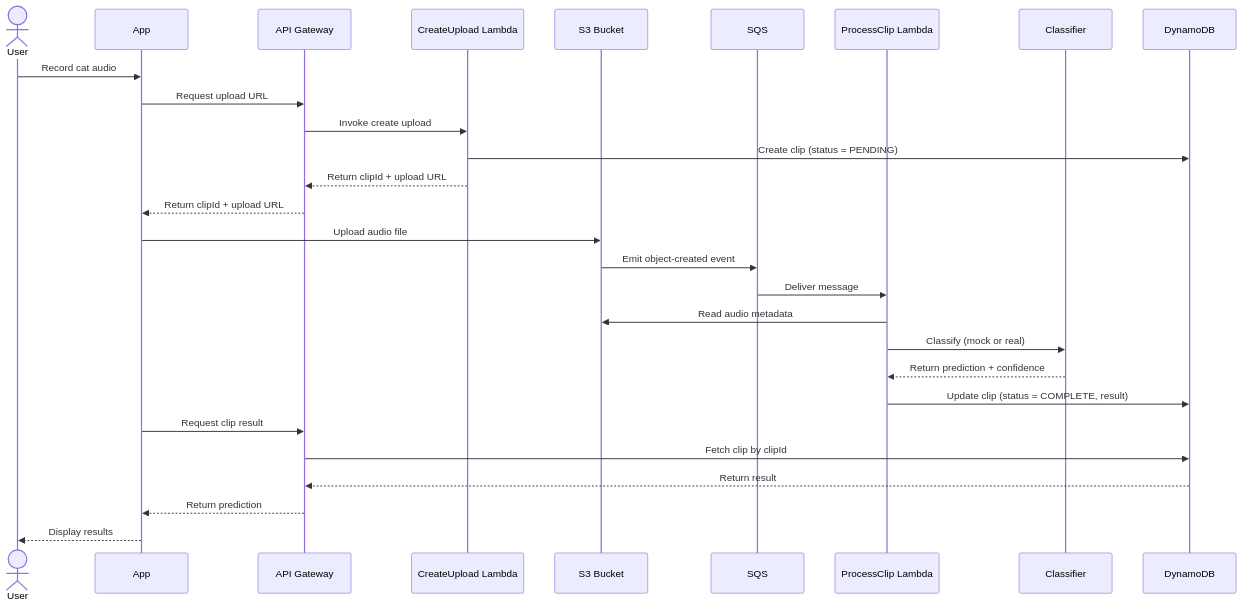
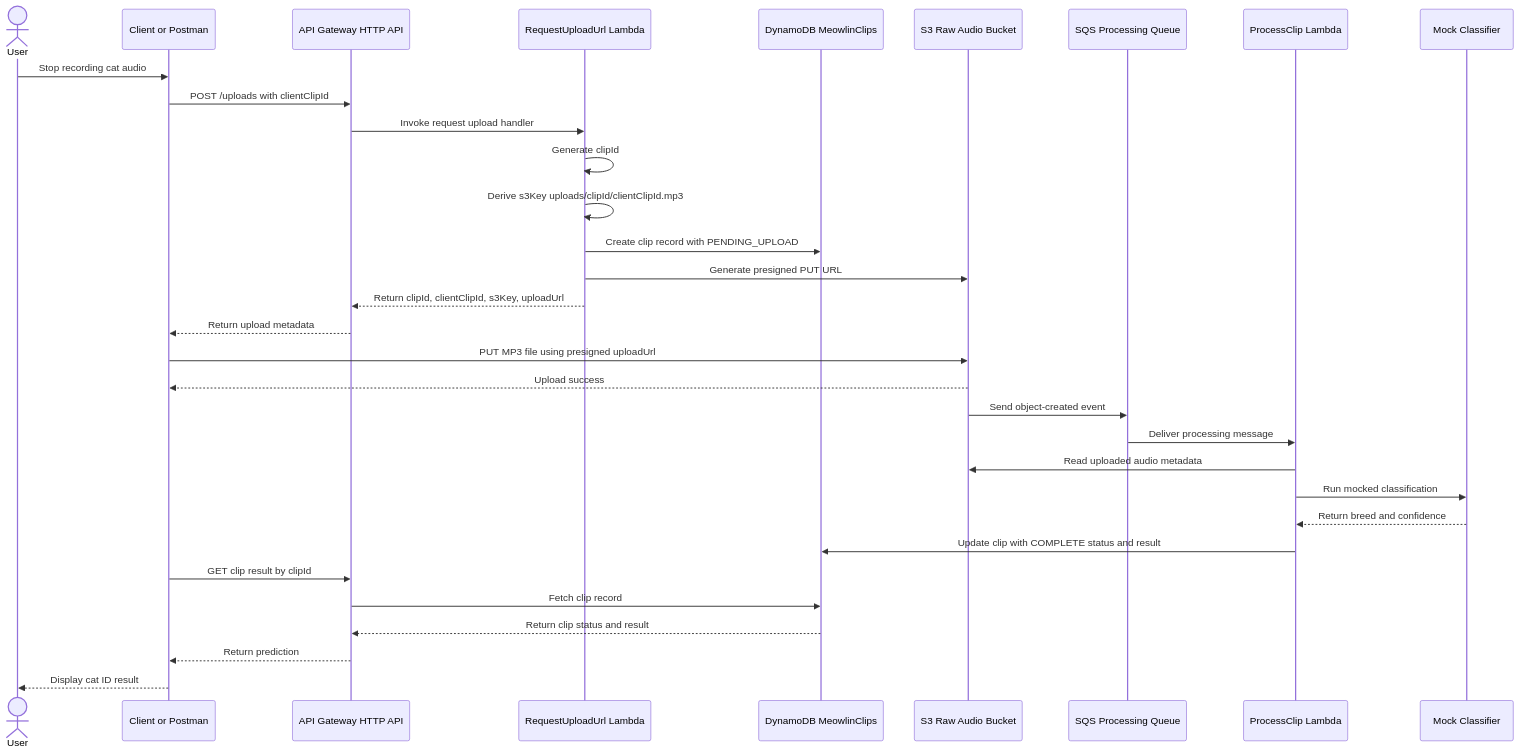
The diagram in diagrams/sequence diagrams/record_and_id_sequence.md (jtasse/meowlin), drawn with Mermaid before and after one commit. The commit also changed 7 other files, not shown here.

Commit message:
feat: add presigned upload url to request upload flow

````diff
--- a/diagrams/sequence diagrams/record_and_id_sequence.md
+++ b/diagrams/sequence diagrams/record_and_id_sequence.md
@@ -1,35 +1,42 @@
 ```mermaid
 sequenceDiagram
-    actor User
-    participant App
-    participant API as API Gateway
-    participant Upload as CreateUpload Lambda
-    participant S3 as S3 Bucket
-    participant Queue as SQS
-    participant Processor as ProcessClip Lambda
-    participant Classifier
-    participant DB as DynamoDB
+actor User
+participant Client as Client or Postman
+participant API as API Gateway HTTP API
+participant Upload as RequestUploadUrl Lambda
+participant DB as DynamoDB MeowlinClips
+participant S3 as S3 Raw Audio Bucket
+participant Queue as SQS Processing Queue
+participant Processor as ProcessClip Lambda
+participant Classifier as Mock Classifier
 
-    User->>App: Record cat audio
-    App->>API: Request upload URL
-    API->>Upload: Invoke create upload
-    Upload->>DB: Create clip (status = PENDING)
-    Upload-->>API: Return clipId + upload URL
-    API-->>App: Return clipId + upload URL
+    User->>Client: Stop recording cat audio
+    Client->>API: POST /uploads with clientClipId
+    API->>Upload: Invoke request upload handler
 
-    App->>S3: Upload audio file
-    S3->>Queue: Emit object-created event
-    Queue->>Processor: Deliver message
+    Upload->>Upload: Generate clipId
+    Upload->>Upload: Derive s3Key uploads/clipId/clientClipId.mp3
+    Upload->>DB: Create clip record with PENDING_UPLOAD
+    Upload->>S3: Generate presigned PUT URL
 
-    Processor->>S3: Read audio metadata
-    Processor->>Classifier: Classify (mock or real)
-    Classifier-->>Processor: Return prediction + confidence
+    Upload-->>API: Return clipId, clientClipId, s3Key, uploadUrl
+    API-->>Client: Return upload metadata
 
-    Processor->>DB: Update clip (status = COMPLETE, result)
+    Client->>S3: PUT MP3 file using presigned uploadUrl
+    S3-->>Client: Upload success
 
-    App->>API: Request clip result
-    API->>DB: Fetch clip by clipId
-    DB-->>API: Return result
-    API-->>App: Return prediction
-    App-->>User: Display results
+    S3->>Queue: Send object-created event
+    Queue->>Processor: Deliver processing message
+
+    Processor->>S3: Read uploaded audio metadata
+    Processor->>Classifier: Run mocked classification
+    Classifier-->>Processor: Return breed and confidence
+
+    Processor->>DB: Update clip with COMPLETE status and result
+
+    Client->>API: GET clip result by clipId
+    API->>DB: Fetch clip record
+    DB-->>API: Return clip status and result
+    API-->>Client: Return prediction
+    Client-->>User: Display cat ID result
 ```
````
